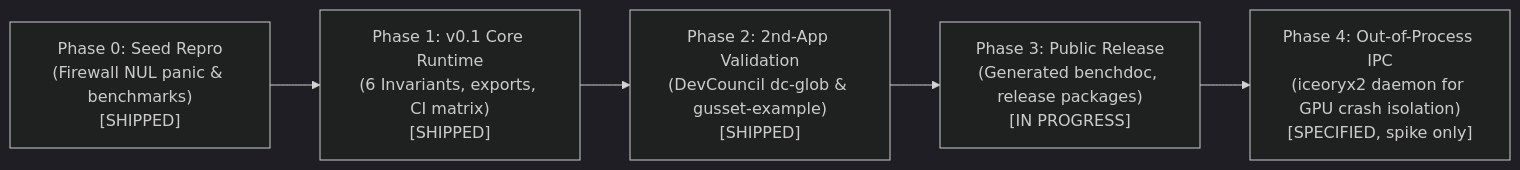
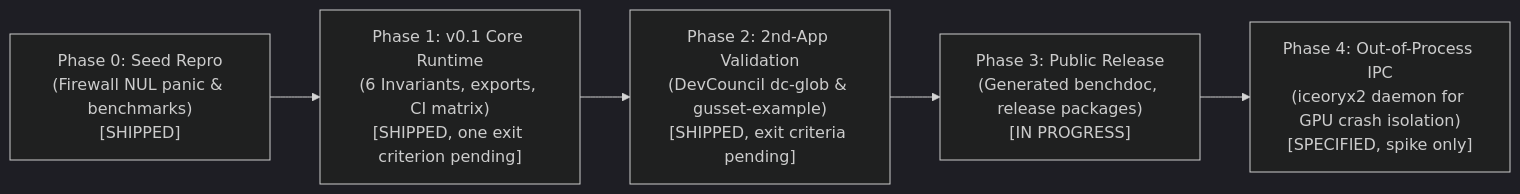
One commit to bharathvbcr/gusset changed the third of 3 diagrams in docs/PLAN.md. Above: the diagram before and after it, drawn with Mermaid (dark theme). The commit also changed other lines of this file and 12 other files, not shown here.

First line of the commit message:
docs: iceoryx2 facts, the isolate protocol, phase status and every benchmark figure labelled or gone; CHANGELOG

````diff
--- a/docs/PLAN.md
+++ b/docs/PLAN.md
@@ -97,7 +97,7 @@
 ```mermaid
 flowchart LR
-    P0["Phase 0: Seed Repro\n(Firewall NUL panic & benchmarks)\n[SHIPPED]"] --> P1["Phase 1: v0.1 Core Runtime\n(6 Invariants, exports, CI matrix)\n[SHIPPED]"]
-    P1 --> P2["Phase 2: 2nd-App Validation\n(DevCouncil dc-glob & gusset-example)\n[SHIPPED]"]
+    P0["Phase 0: Seed Repro\n(Firewall NUL panic & benchmarks)\n[SHIPPED]"] --> P1["Phase 1: v0.1 Core Runtime\n(6 Invariants, exports, CI matrix)\n[SHIPPED, one exit criterion pending]"]
+    P1 --> P2["Phase 2: 2nd-App Validation\n(DevCouncil dc-glob & gusset-example)\n[SHIPPED, exit criteria pending]"]
     P2 --> P3["Phase 3: Public Release\n(Generated benchdoc, release packages)\n[IN PROGRESS]"]
     P3 --> P4["Phase 4: Out-of-Process IPC\n(iceoryx2 daemon for GPU crash isolation)\n[SPECIFIED, spike only]"]
 ```
````
